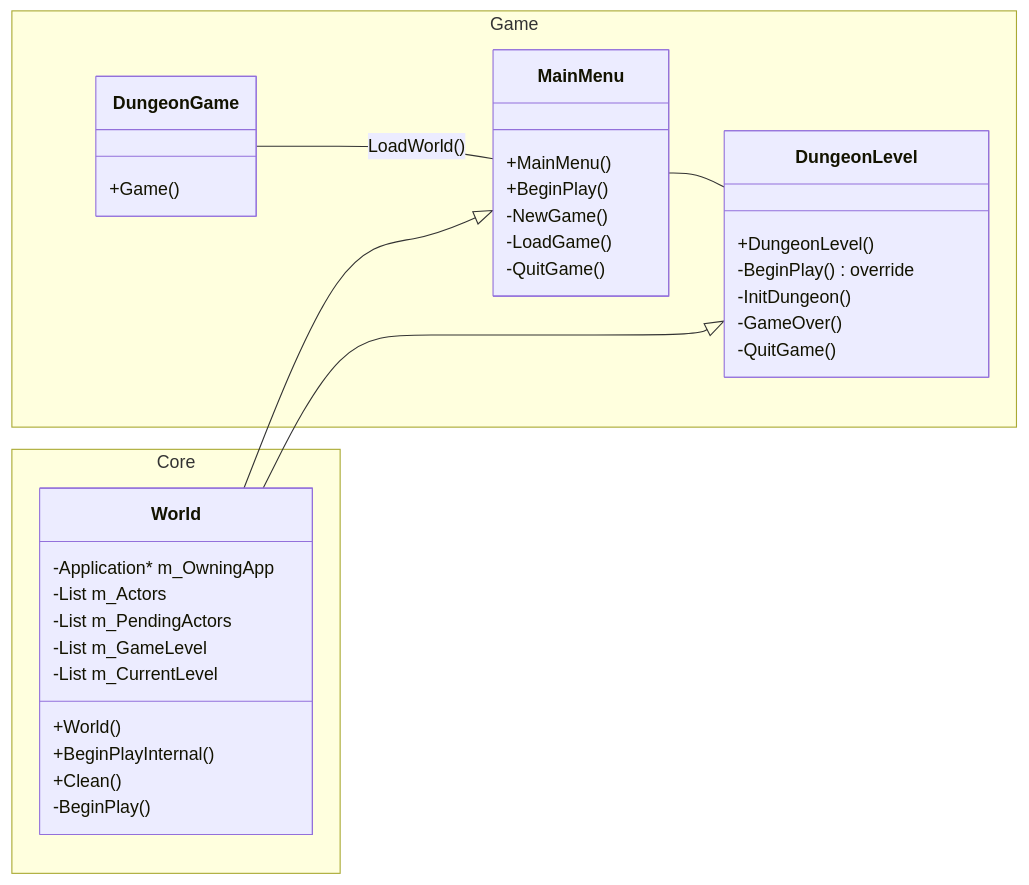
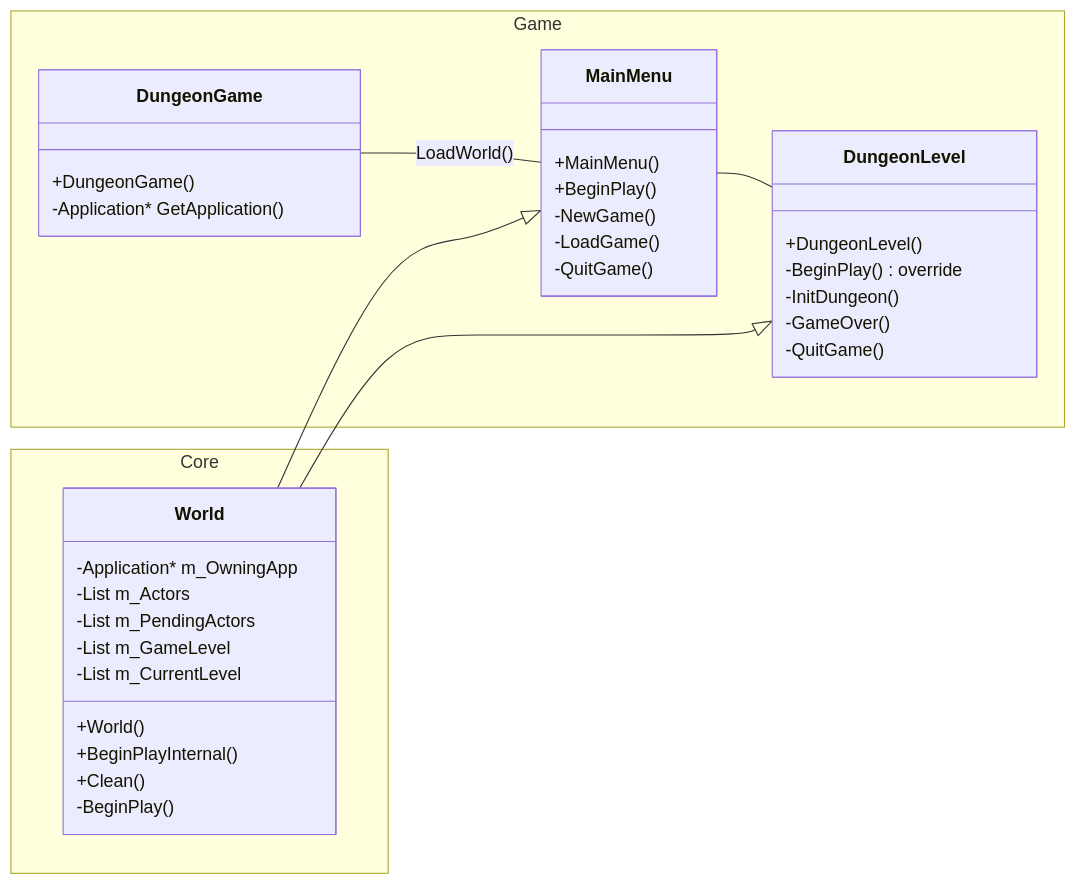
One commit to rfspencer/DungeonEngine changed the second of 3 diagrams in ProjectTwo/JOURNAL.md. Above: the diagram before and after it, drawn with Mermaid. The commit also changed other lines of this file, not shown here.

````diff
--- a/ProjectTwo/JOURNAL.md
+++ b/ProjectTwo/JOURNAL.md
@@ -7,41 +51,42 @@
 ```mermaid
 classDiagram
     direction RL
     MainMenu -- DungeonGame : LoadWorld()
     MainMenu <|-- World
     DungeonLevel <|-- World
     DungeonLevel -- MainMenu
     namespace Core{
         class World{
             +World()
             +BeginPlayInternal()
             +Clean()
             -BeginPlay()
     
             -Application* m_OwningApp
             -List m_Actors
             -List m_PendingActors
             -List m_GameLevel
             -List m_CurrentLevel
         }
     }
     namespace Game{
         class DungeonGame{
-            +Game()
+            +DungeonGame()
+            -Application* GetApplication()
         }
         class MainMenu{
             +MainMenu()
             +BeginPlay()
             -NewGame()
             -LoadGame()
             -QuitGame()
         }
         class DungeonLevel{
             +DungeonLevel()
             -BeginPlay() override
             -InitDungeon()
             -GameOver()
             -QuitGame()
         }
     }
 ```
````
